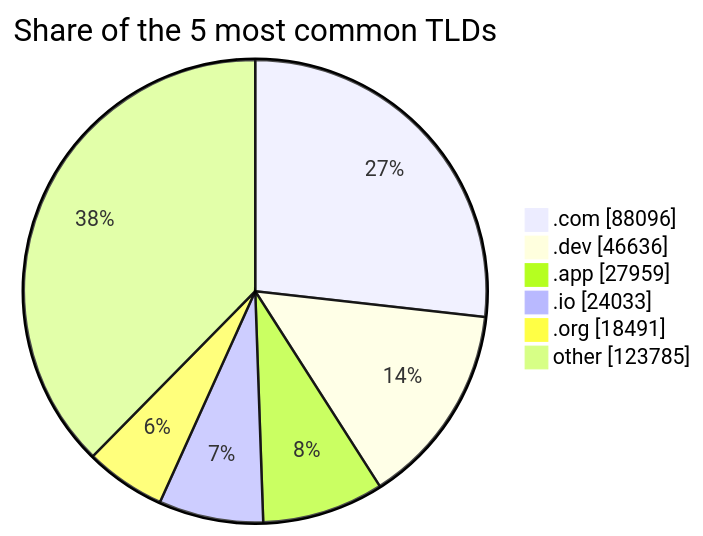
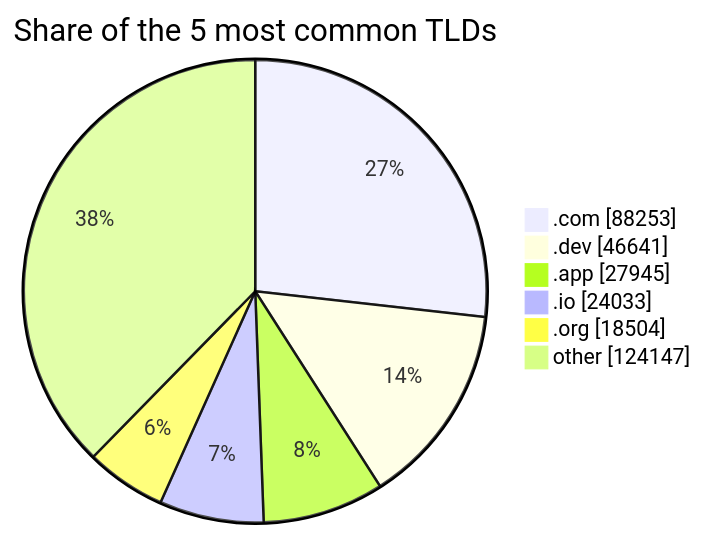
Before and after one commit to DNSBunker/CTI: the third of 3 diagrams in README.md, drawn with Mermaid. The commit also changed other lines of this file and 3 other files, not shown here.

````diff
--- a/README.md
+++ b/README.md
@@ -81,9 +81,9 @@
 ```mermaid
 pie showData title Share of the 5 most common TLDs
-    ".com" : 88096
-    ".dev" : 46636
-    ".app" : 27959
+    ".com" : 88253
+    ".dev" : 46641
+    ".app" : 27945
     ".io" : 24033
-    ".org" : 18491
-    "other" : 123785
+    ".org" : 18504
+    "other" : 124147
 ```
````
